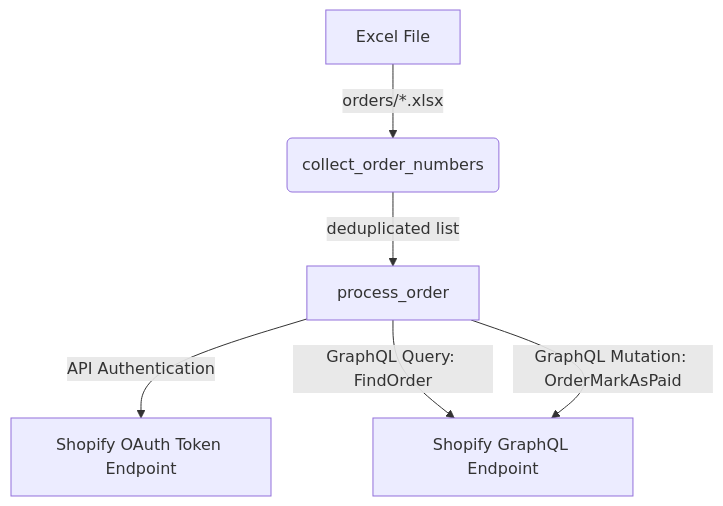
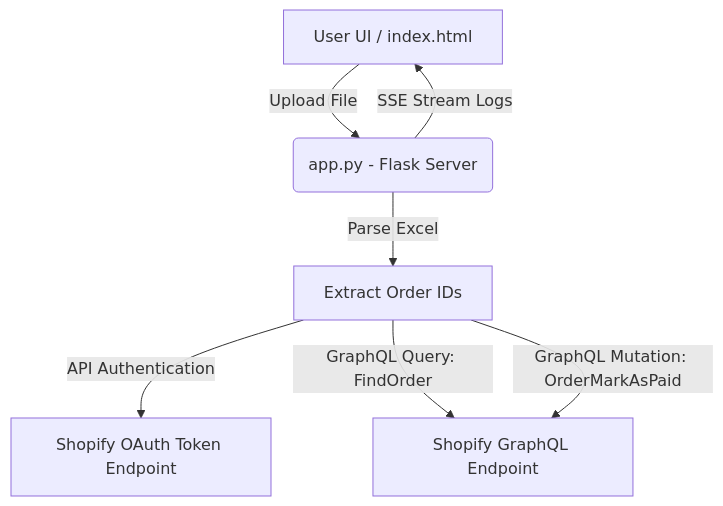
Before and after one commit to nirav-gajera/shopify-cod-payment-automation: the diagram in docs/ARCHITECTURE.md, drawn with Mermaid. The commit also changed other lines of this file and 9 other files, not shown here.

````diff
--- a/docs/ARCHITECTURE.md
+++ b/docs/ARCHITECTURE.md
@@ -4,8 +4,9 @@
 ```mermaid
 flowchart TD
-    A[Excel File] -->|orders/*.xlsx| B(collect_order_numbers)
-    B -->|deduplicated list| C[process_order]
+    A[User UI / index.html] -->|Upload File| B(app.py - Flask Server)
+    B -->|Parse Excel| C[Extract Order IDs]
     C -->|API Authentication| D[Shopify OAuth Token Endpoint]
     C -->|GraphQL Query: FindOrder| E[Shopify GraphQL Endpoint]
     C -->|GraphQL Mutation: OrderMarkAsPaid| E
+    B -->|SSE Stream Logs| A
 ```
````
